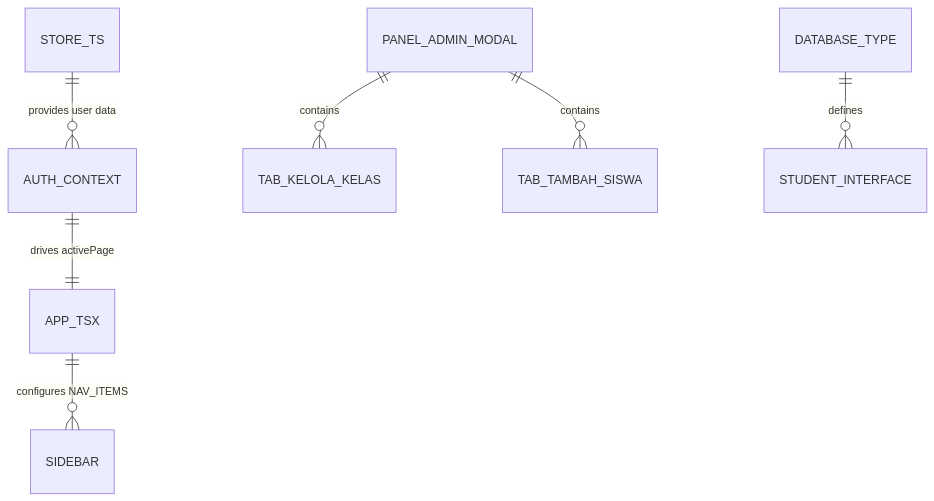
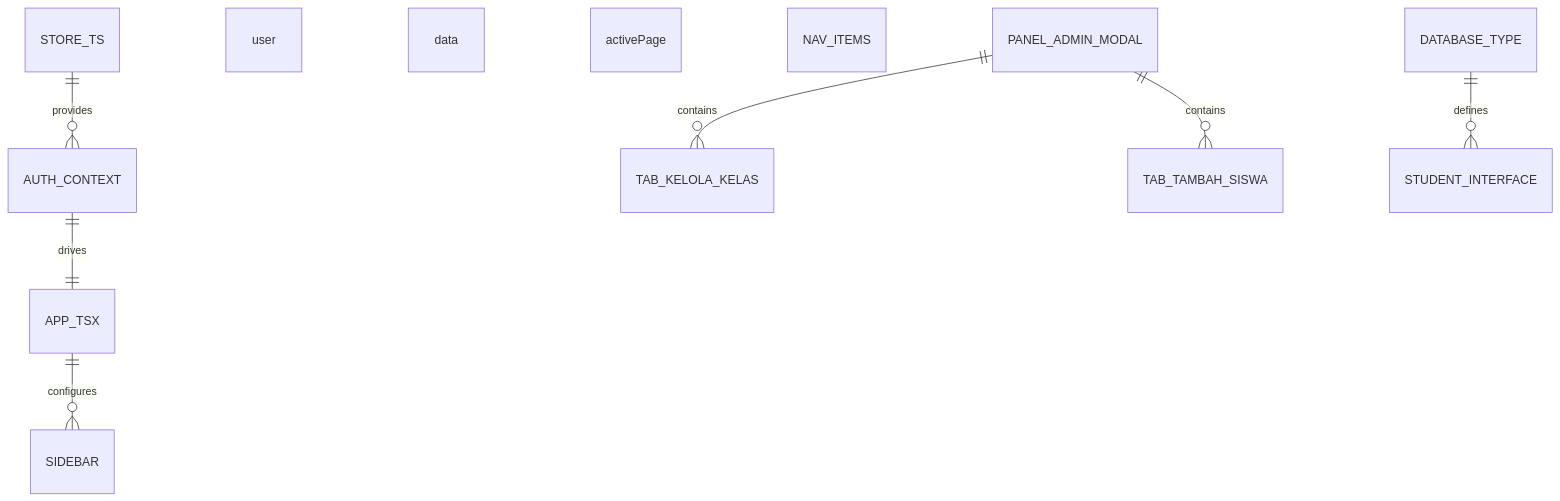
One commit to Delta-Polder-Indonesia/siakad-sekolah changed the second of 24 diagrams in README.md. Above: the diagram before and after it, drawn with Mermaid. The commit also changed other lines of this file and 8 other files, not shown here.

````diff
--- a/README.md
+++ b/README.md
@@ -398,9 +398,9 @@
 ```mermaid
 erDiagram
-    STORE_TS ||--o{ AUTH_CONTEXT : "provides user data"
-    AUTH_CONTEXT ||--|| APP_TSX : "drives activePage"
-    APP_TSX ||--o{ SIDEBAR : "configures NAV_ITEMS"
-    PANEL_ADMIN_MODAL ||--o{ TAB_KELOLA_KELAS : "contains"
-    PANEL_ADMIN_MODAL ||--o{ TAB_TAMBAH_SISWA : "contains"
-    DATABASE_TYPE ||--o{ STUDENT_INTERFACE : "defines"
+    STORE_TS ||--o{ AUTH_CONTEXT : provides user data
+    AUTH_CONTEXT ||--|| APP_TSX : drives activePage
+    APP_TSX ||--o{ SIDEBAR : configures NAV_ITEMS
+    PANEL_ADMIN_MODAL ||--o{ TAB_KELOLA_KELAS : contains
+    PANEL_ADMIN_MODAL ||--o{ TAB_TAMBAH_SISWA : contains
+    DATABASE_TYPE ||--o{ STUDENT_INTERFACE : defines
 ```
````
